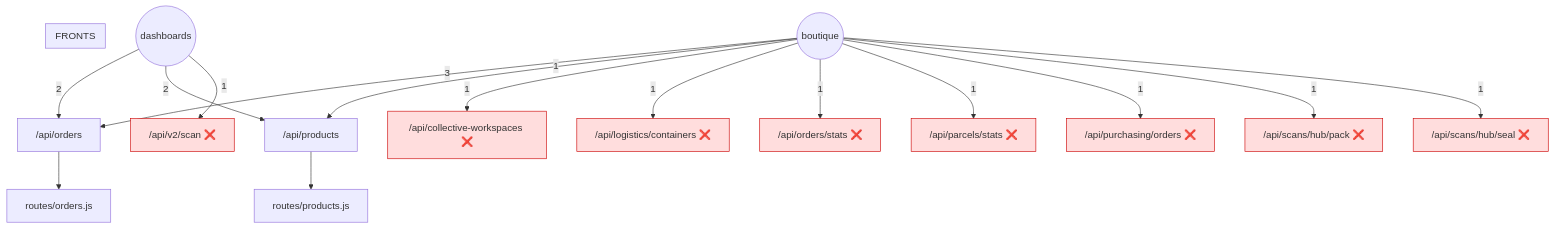
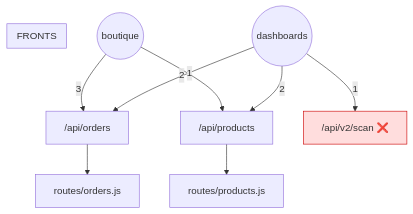
One commit to SamyrFateh/komerce-backend changed the diagram in docs/META_GRAPH.md. Above: the diagram before and after it, drawn with Mermaid. The commit also changed other lines of this file and 12 other files, not shown here.

Commit message:
Carto vivante coutures entre les 3 graphes suite et fin

````diff
--- a/docs/META_GRAPH.md
+++ b/docs/META_GRAPH.md
@@ -60,29 +53,15 @@
 ```mermaid
 graph TD
   subgraph FRONTS
     direction LR
   end
   ep__api_orders["/api/orders"] --> rt_routes_orders_js["routes/orders.js"]
   BTQ((boutique)) -->|3| ep__api_orders
   DASH((dashboards)) -->|2| ep__api_orders
   ep__api_products["/api/products"] --> rt_routes_products_js["routes/products.js"]
   BTQ((boutique)) -->|1| ep__api_products
   DASH((dashboards)) -->|2| ep__api_products
-  ep__api_collective_workspaces["/api/collective-workspaces ❌"]:::phantom
-  BTQ((boutique)) -->|1| ep__api_collective_workspaces
-  ep__api_logistics_containers["/api/logistics/containers ❌"]:::phantom
-  BTQ((boutique)) -->|1| ep__api_logistics_containers
-  ep__api_orders_stats["/api/orders/stats ❌"]:::phantom
-  BTQ((boutique)) -->|1| ep__api_orders_stats
-  ep__api_parcels_stats["/api/parcels/stats ❌"]:::phantom
-  BTQ((boutique)) -->|1| ep__api_parcels_stats
-  ep__api_purchasing_orders["/api/purchasing/orders ❌"]:::phantom
-  BTQ((boutique)) -->|1| ep__api_purchasing_orders
-  ep__api_scans_hub_pack["/api/scans/hub/pack ❌"]:::phantom
-  BTQ((boutique)) -->|1| ep__api_scans_hub_pack
-  ep__api_scans_hub_seal["/api/scans/hub/seal ❌"]:::phantom
-  BTQ((boutique)) -->|1| ep__api_scans_hub_seal
   ep__api_v2_scan["/api/v2/scan ❌"]:::phantom
   DASH((dashboards)) -->|1| ep__api_v2_scan
   classDef phantom fill:#fdd,stroke:#c00;
 ```
````
